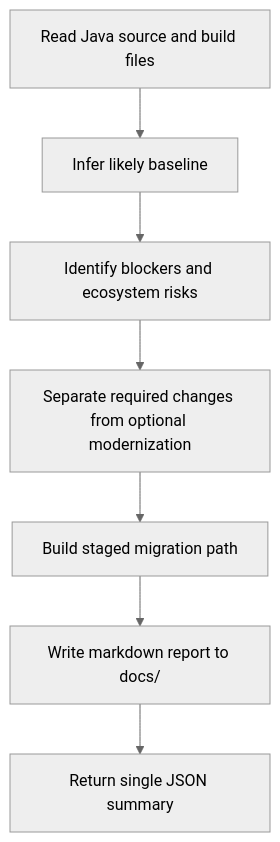
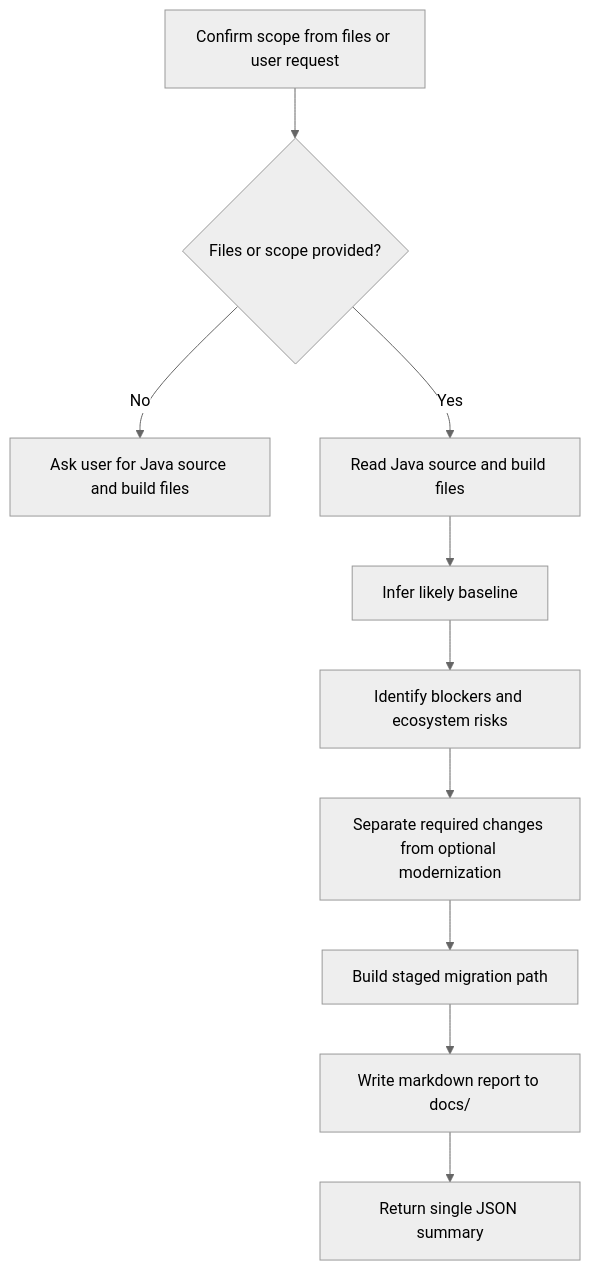
One commit to buddolla1/agents-skills-instructions changed the diagram in github/skills/java-21-upgrade-recommender/docs/java-21-upgrade-recommender.overview.md. Above: the diagram before and after it, drawn with Mermaid (neutral theme). The commit also changed other lines of this file, not shown here.

````diff
--- a/github/skills/java-21-upgrade-recommender/docs/java-21-upgrade-recommender.overview.md
+++ b/github/skills/java-21-upgrade-recommender/docs/java-21-upgrade-recommender.overview.md
@@ -25,9 +53,12 @@
 ```mermaid
 flowchart TD
-    A[Read Java source and build files] --> B[Infer likely baseline]
-    B --> C[Identify blockers and ecosystem risks]
-    C --> D[Separate required changes from optional modernization]
-    D --> E[Build staged migration path]
-    E --> F[Write markdown report to docs/]
-    F --> G[Return single JSON summary]
+    A[Confirm scope from files or user request] --> B{Files or scope provided?}
+    B -->|No| C[Ask user for Java source and build files]
+    B -->|Yes| D[Read Java source and build files]
+    D --> E[Infer likely baseline]
+    E --> F[Identify blockers and ecosystem risks]
+    F --> G[Separate required changes from optional modernization]
+    G --> H[Build staged migration path]
+    H --> I[Write markdown report to docs/]
+    I --> J[Return single JSON summary]
 ```
````
